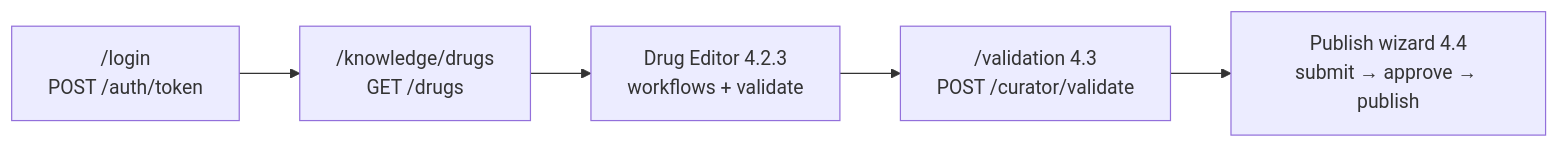
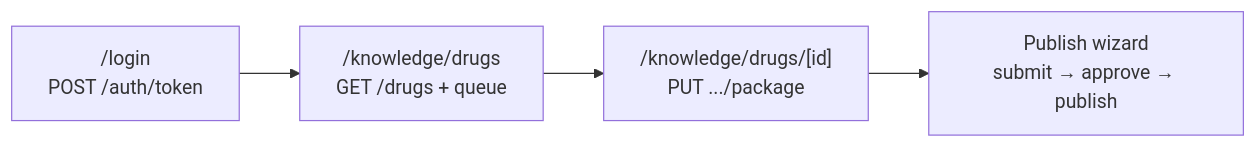
One commit to drFurkanGuven/FarmacoGraph changed the first of 5 diagrams in docs/studio-roadmap.md. Above: the diagram before and after it, drawn with Mermaid. The commit also changed other lines of this file and 142 other files, not shown here.

First line of the commit message:
Ship publish wizard and evidence curation workflow in Studio.

````diff
--- a/docs/studio-roadmap.md
+++ b/docs/studio-roadmap.md
@@ -33,7 +36,6 @@
 ```mermaid
 flowchart LR
-    Login["/login<br/>POST /auth/token"] --> DrugList["/knowledge/drugs<br/>GET /drugs"]
-    DrugList --> Editor["Drug Editor 4.2.3<br/>workflows + validate"]
-    Editor --> Validation["/validation 4.3<br/>POST /curator/validate"]
-    Validation --> Publish["Publish wizard 4.4<br/>submit → approve → publish"]
+    Login["/login<br/>POST /auth/token"] --> DrugList["/knowledge/drugs<br/>GET /drugs + queue"]
+    DrugList --> Editor["/knowledge/drugs/[id]<br/>PUT .../package"]
+    Editor --> PublishUI["Publish wizard<br/>submit → approve → publish"]
 ```
````
